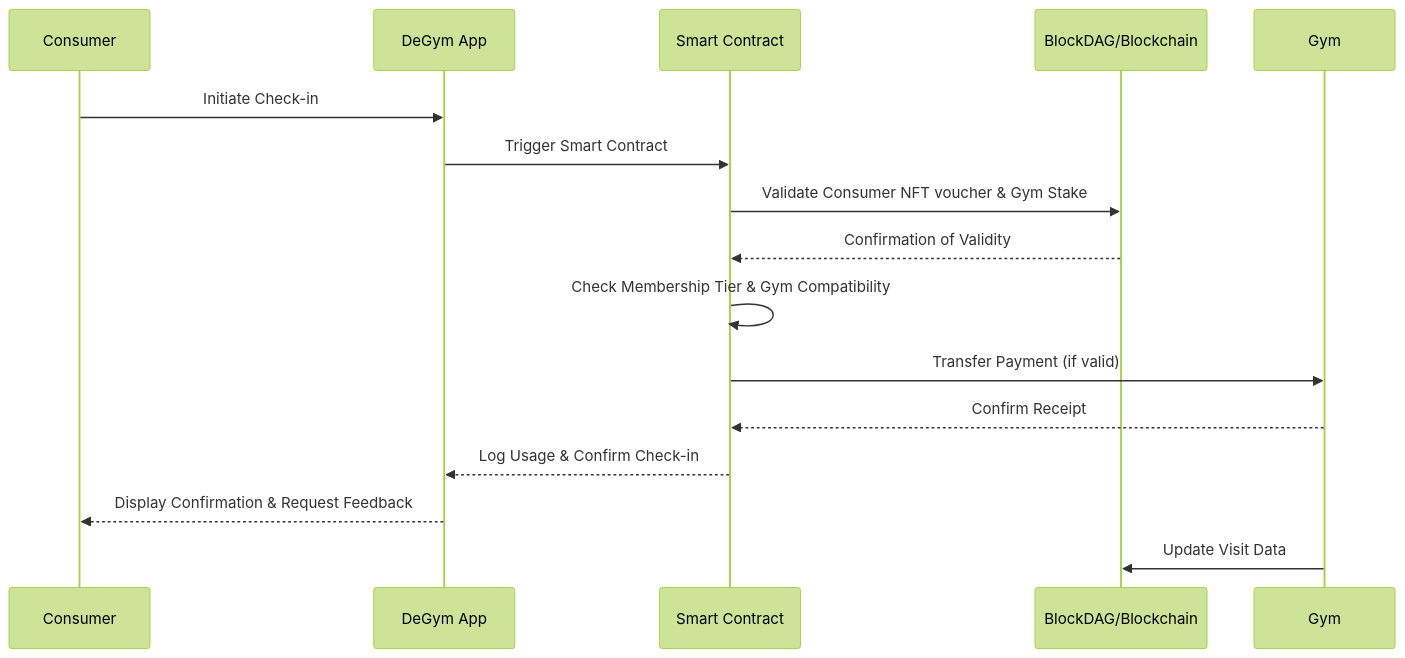
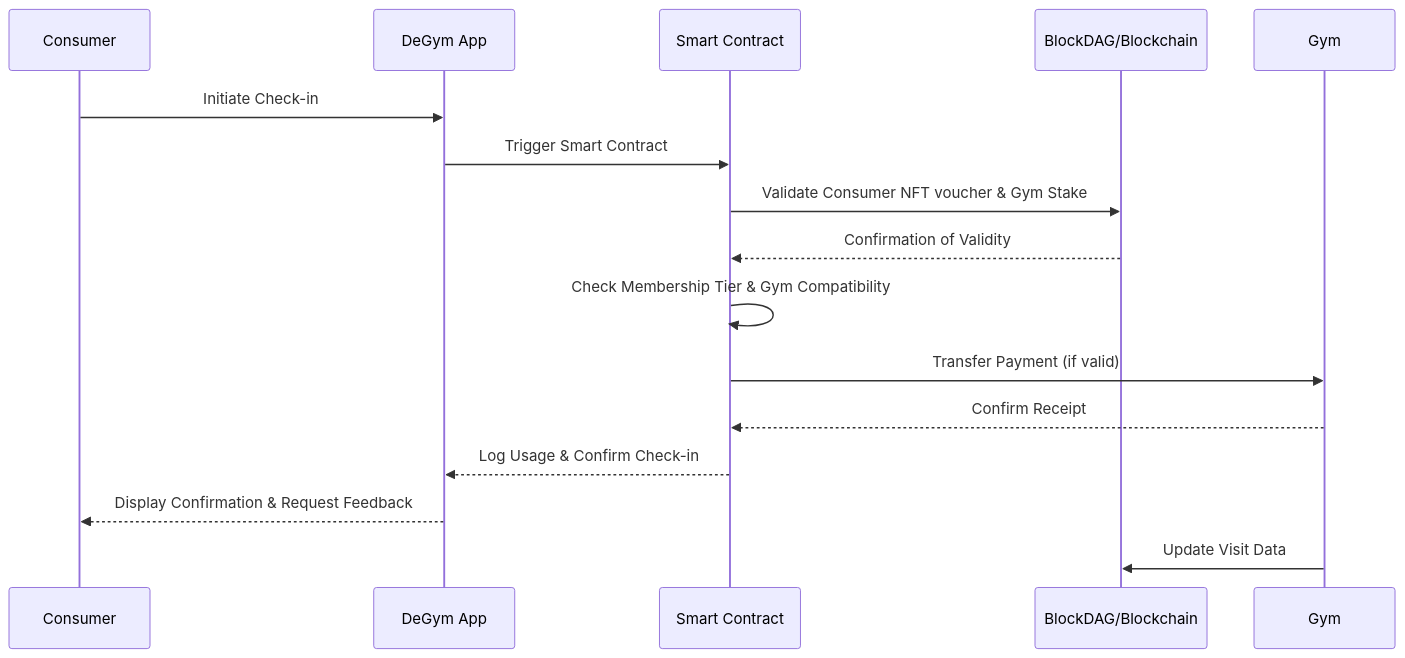
One commit to DeGym/documentation changed the diagram in gym-dao/check-in-process.md. Above: the diagram before and after it, drawn with Mermaid. The commit also changed 3 other files, not shown here.

Commit message:
Add some diagrams

````diff
--- a/gym-dao/check-in-process.md
+++ b/gym-dao/check-in-process.md
@@ -31,22 +31,22 @@
 ```mermaid
-%%{init: {'theme': 'forest'}}%%
+%%{init: {'theme': ''}}%%
 
 sequenceDiagram
     participant U as Consumer
     participant App as DeGym App
     participant SC as Smart Contract
     participant B as BlockDAG/Blockchain
     participant G as Gym
 
     U->>App: Initiate Check-in
     App->>SC: Trigger Smart Contract
     SC->>B: Validate Consumer NFT voucher & Gym Stake
     B-->>SC: Confirmation of Validity
     SC->>SC: Check Membership Tier & Gym Compatibility
     SC->>G: Transfer Payment (if valid)
     G-->>SC: Confirm Receipt
     SC-->>App: Log Usage & Confirm Check-in
     App-->>U: Display Confirmation & Request Feedback
     G->>B: Update Visit Data
 
 ```
````
